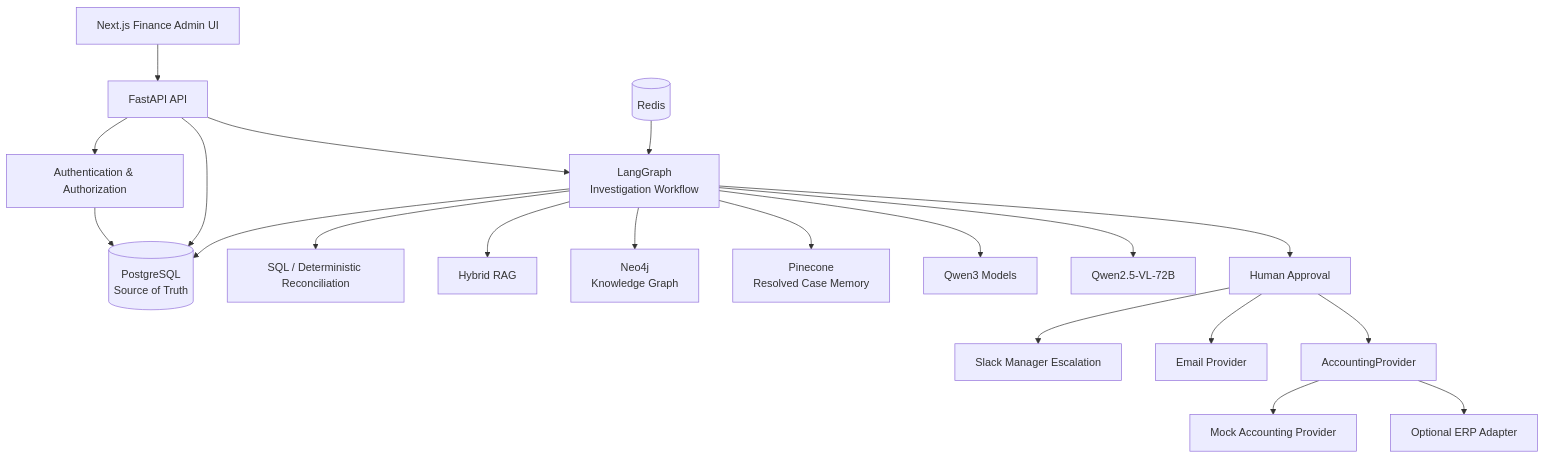
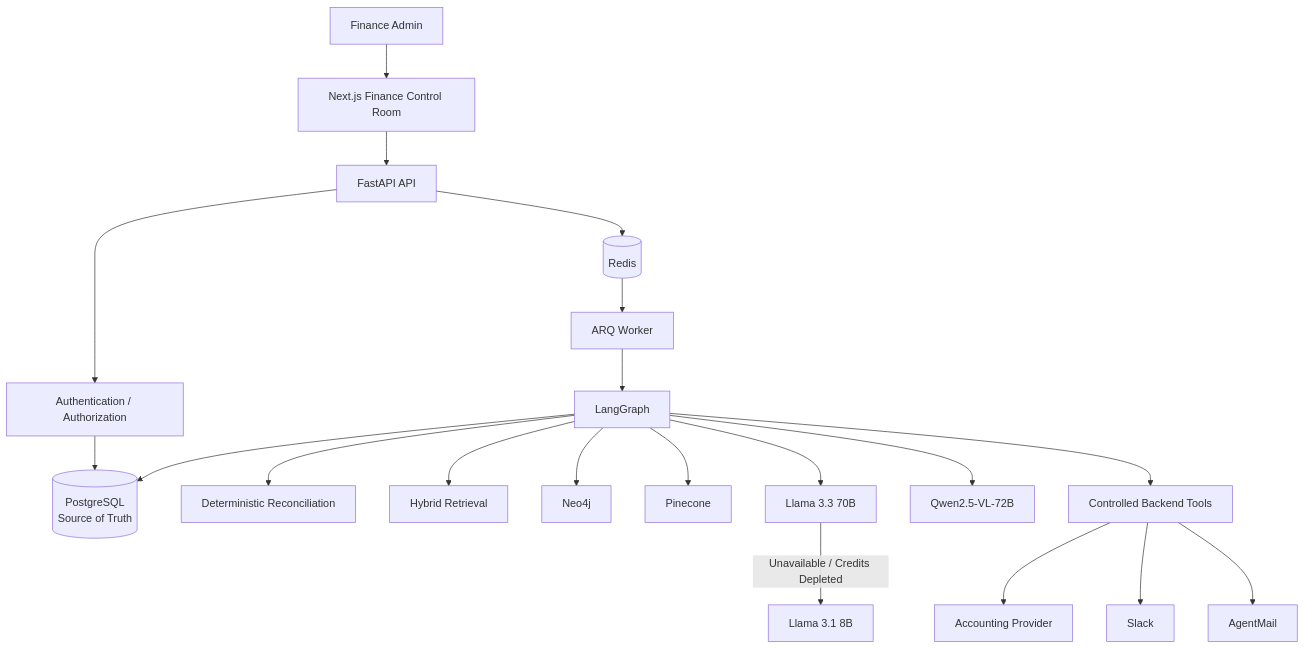
One commit to ChibuezeWilly/AI-Powered-Financial-Close-System changed the first of 23 diagrams in README.md. Above: the diagram before and after it, drawn with Mermaid. The commit also changed other lines of this file and 28 other files, not shown here.

Commit message:
Updated backend system workflow and modularized application files

````diff
--- a/README.md
+++ b/README.md
@@ -447,79 +430,65 @@
 ```mermaid
-
 flowchart TB
 
-    UI[Next.js Finance Admin UI]
+    USER[Finance Admin]
 
-    API[FastAPI API]
+    UI[Next.js Finance Control Room]
 
-    AUTH[Authentication & Authorization]
+    API[FastAPI API]
 
-    DB[(PostgreSQL<br/>Source of Truth)]
+    AUTH[Authentication / Authorization]
 
-    LG[LangGraph<br/>Investigation Workflow]
+    PG[(PostgreSQL<br/>Source of Truth)]
 
-    SQL[SQL / Deterministic Reconciliation]
+    REDIS[(Redis)]
 
-    RAG[Hybrid RAG]
+    ARQ[ARQ Worker]
 
-    GRAPH[Neo4j<br/>Knowledge Graph]
+    LG[LangGraph]
 
-    MEMORY[Pinecone<br/>Resolved Case Memory]
+    DET[Deterministic Reconciliation]
 
-    LLM[Qwen3 Models]
+    RET[Hybrid Retrieval]
 
-    VISION[Qwen2.5-VL-72B]
+    NEO[Neo4j]
 
-    APPROVAL[Human Approval]
+    PINE[Pinecone]
 
-    SLACK[Slack Manager Escalation]
+    LLM[Llama 3.3 70B]
 
-    EMAIL[Email Provider]
+    FALLBACK[Llama 3.1 8B]
 
-    ACCOUNTING[AccountingProvider]
+    VISION[Qwen2.5-VL-72B]
 
-    MOCK[Mock Accounting Provider]
+    TOOLS[Controlled Backend Tools]
 
-    ERP[Optional ERP Adapter]
+    ACCOUNTING[Accounting Provider]
 
-    REDIS[(Redis)]
+    SLACK[Slack]
 
-    UI --> API
+    EMAIL[AgentMail]
 
-    API --> AUTH
+    USER --> UI
+    UI --> API
+    API --> AUTH
+    AUTH --> PG
 
-    AUTH --> DB
+    API --> REDIS
+    REDIS --> ARQ
+    ARQ --> LG
 
-    API --> LG
+    LG --> DET
+    LG --> RET
+    LG --> NEO
+    LG --> PINE
+    LG --> LLM
+    LLM -->|Unavailable / Credits Depleted| FALLBACK
+    LG --> VISION
 
-    LG --> SQL
+    LG --> TOOLS
+    TOOLS --> ACCOUNTING
+    TOOLS --> SLACK
+    TOOLS --> EMAIL
 
-    LG --> RAG
-
-    LG --> GRAPH
-
-    LG --> MEMORY
-
-    LG --> LLM
-
-    LG --> VISION
-
-    LG --> APPROVAL
-
-    APPROVAL --> ACCOUNTING
-
-    APPROVAL --> SLACK
-
-    APPROVAL --> EMAIL
-
-    ACCOUNTING --> MOCK
-
-    ACCOUNTING --> ERP
-
-    API --> DB
-
-    LG --> DB
-
-    REDIS --> LG
-
+    LG --> PG
 ```
````
